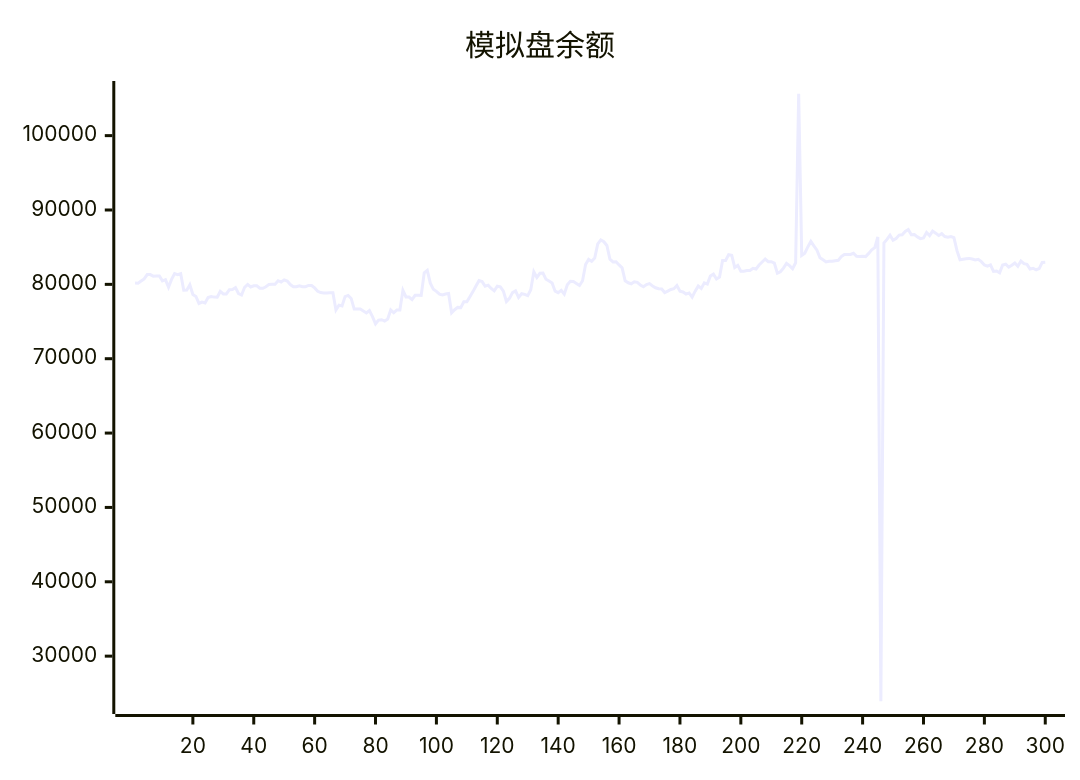
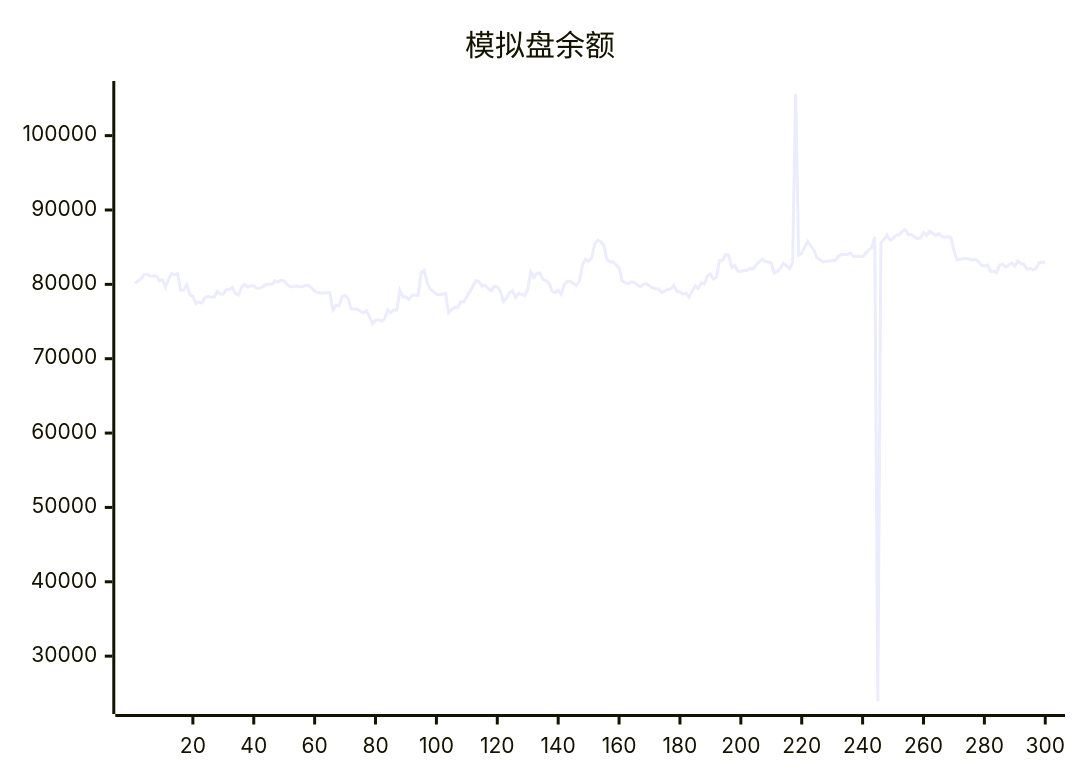
Before and after one commit to aahl/ai-trading: the diagram in README.md, drawn with Mermaid. The commit also changed other lines of this file and 1 other file, not shown here.

````diff
--- a/README.md
+++ b/README.md
@@ -5,5 +5,5 @@
 ```mermaid
 xychart
     title "模拟盘余额"
-    line [80191,80155,80450,80737,81309,81309,81106,81119,81119,80471,80631,79624,80670,81448,81290,81429,79212,79222,79940,78643,78380,77432,77623,77504,78235,78358,78284,78277,79048,78714,78714,79290,79308,79567,78763,78563,79603,79988,79652,79813,79813,79476,79469,79673,79995,80015,80015,80486,80314,80600,80436,79966,79689,79689,79819,79692,79692,79850,79850,79518,79071,78889,78850,78850,78878,78878,76554,77202,77103,78357,78510,78106,76678,76677,76672,76411,76159,76485,75656,74695,75197,75246,75052,75334,76564,76179,76553,76551,79196,78300,78300,77944,78531,78531,78521,81564,81884,80160,79335,79055,78675,78580,78708,78764,76179,76586,76902,76876,77658,77669,78346,79023,79769,80497,80366,79761,79896,79448,79126,79749,79658,79097,77695,78114,78888,79126,78249,78738,78653,78478,79271,81680,80923,81488,81527,80681,80455,80190,79084,78879,79193,78686,79954,80403,80374,80118,79848,80491,82665,83351,83098,83525,85430,85983,85737,85221,83378,83014,83043,82613,82216,80477,80208,80081,80348,80277,79894,79670,79965,80093,79786,79542,79406,79371,78893,79087,79304,79406,79841,79072,78978,78696,78846,78272,79085,79787,79442,80198,80031,81120,81379,80718,80985,83214,83212,83993,83921,82270,82547,81776,81776,81866,81866,82158,82061,82596,83000,83408,83041,83050,82858,81503,81691,82188,82812,82517,82092,82901,105633,83898,84180,85030,85781,85178,84604,83569,83298,83008,83093,83107,83175,83228,83729,84025,84017,84019,84177,83775,83762,83785,83738,84160,84639,84939,86370,23934,85548,86046,86599,85942,86161,86622,86664,87115,87369,86666,86685,86384,86152,86243,86969,86548,87164,86885,86566,86809,86427,86348,86417,86273,84538,83299,83369,83430,83490,83404,83270,83362,83056,82605,82459,82614,81734,81788,81551,82598,82702,82320,82580,82878,82426,83139,82778,82686,82056,82166,81963,82110,82951,82983]
+    line [80155,80450,80737,81309,81309,81106,81119,81119,80471,80631,79624,80670,81448,81290,81429,79212,79222,79940,78643,78380,77432,77623,77504,78235,78358,78284,78277,79048,78714,78714,79290,79308,79567,78763,78563,79603,79988,79652,79813,79813,79476,79469,79673,79995,80015,80015,80486,80314,80600,80436,79966,79689,79689,79819,79692,79692,79850,79850,79518,79071,78889,78850,78850,78878,78878,76554,77202,77103,78357,78510,78106,76678,76677,76672,76411,76159,76485,75656,74695,75197,75246,75052,75334,76564,76179,76553,76551,79196,78300,78300,77944,78531,78531,78521,81564,81884,80160,79335,79055,78675,78580,78708,78764,76179,76586,76902,76876,77658,77669,78346,79023,79769,80497,80366,79761,79896,79448,79126,79749,79658,79097,77695,78114,78888,79126,78249,78738,78653,78478,79271,81680,80923,81488,81527,80681,80455,80190,79084,78879,79193,78686,79954,80403,80374,80118,79848,80491,82665,83351,83098,83525,85430,85983,85737,85221,83378,83014,83043,82613,82216,80477,80208,80081,80348,80277,79894,79670,79965,80093,79786,79542,79406,79371,78893,79087,79304,79406,79841,79072,78978,78696,78846,78272,79085,79787,79442,80198,80031,81120,81379,80718,80985,83214,83212,83993,83921,82270,82547,81776,81776,81866,81866,82158,82061,82596,83000,83408,83041,83050,82858,81503,81691,82188,82812,82517,82092,82901,105633,83898,84180,85030,85781,85178,84604,83569,83298,83008,83093,83107,83175,83228,83729,84025,84017,84019,84177,83775,83762,83785,83738,84160,84639,84939,86370,23934,85548,86046,86599,85942,86161,86622,86664,87115,87369,86666,86685,86384,86152,86243,86969,86548,87164,86885,86566,86809,86427,86348,86417,86273,84538,83299,83369,83430,83490,83404,83270,83362,83056,82605,82459,82614,81734,81788,81551,82598,82702,82320,82580,82878,82426,83139,82778,82686,82056,82166,81963,82110,82951,82983,82984]
 ```
````
